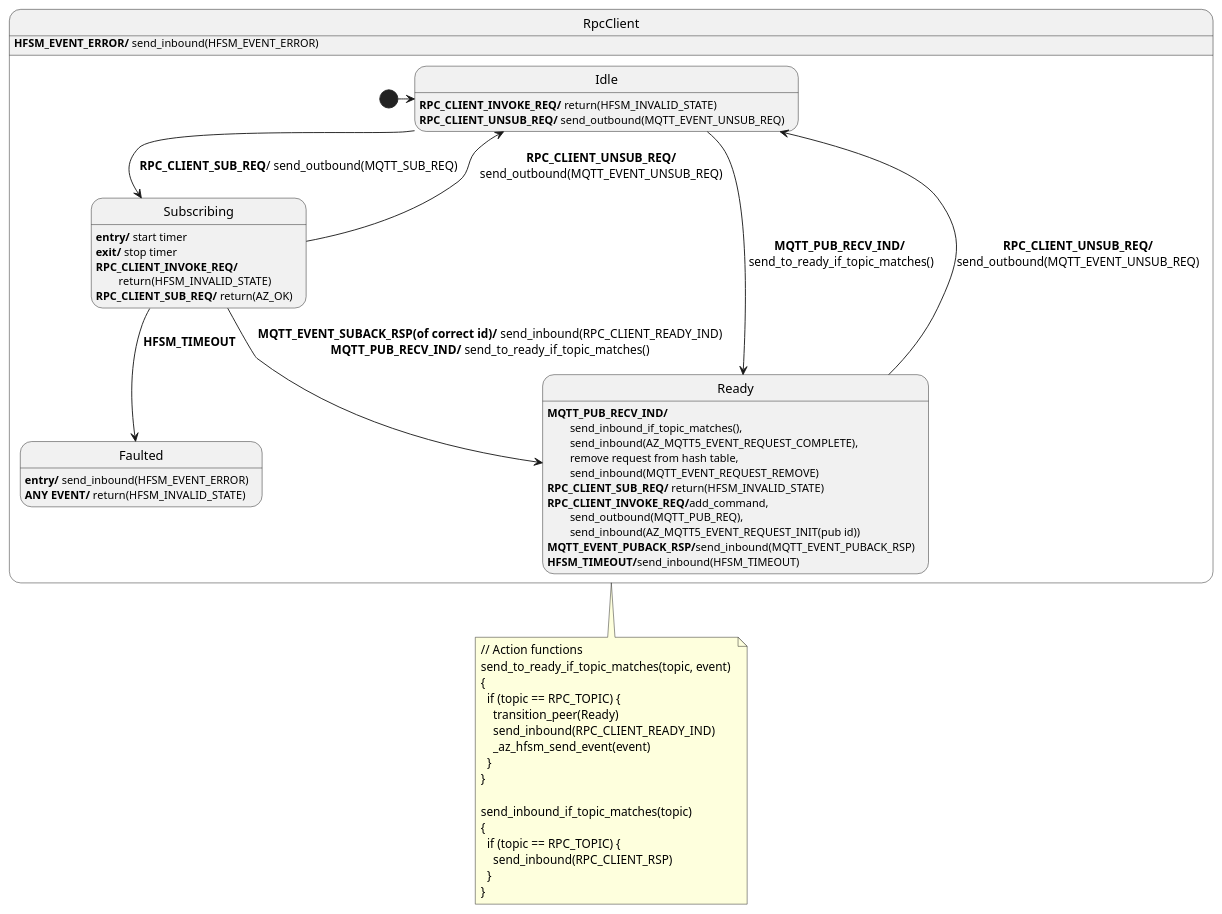
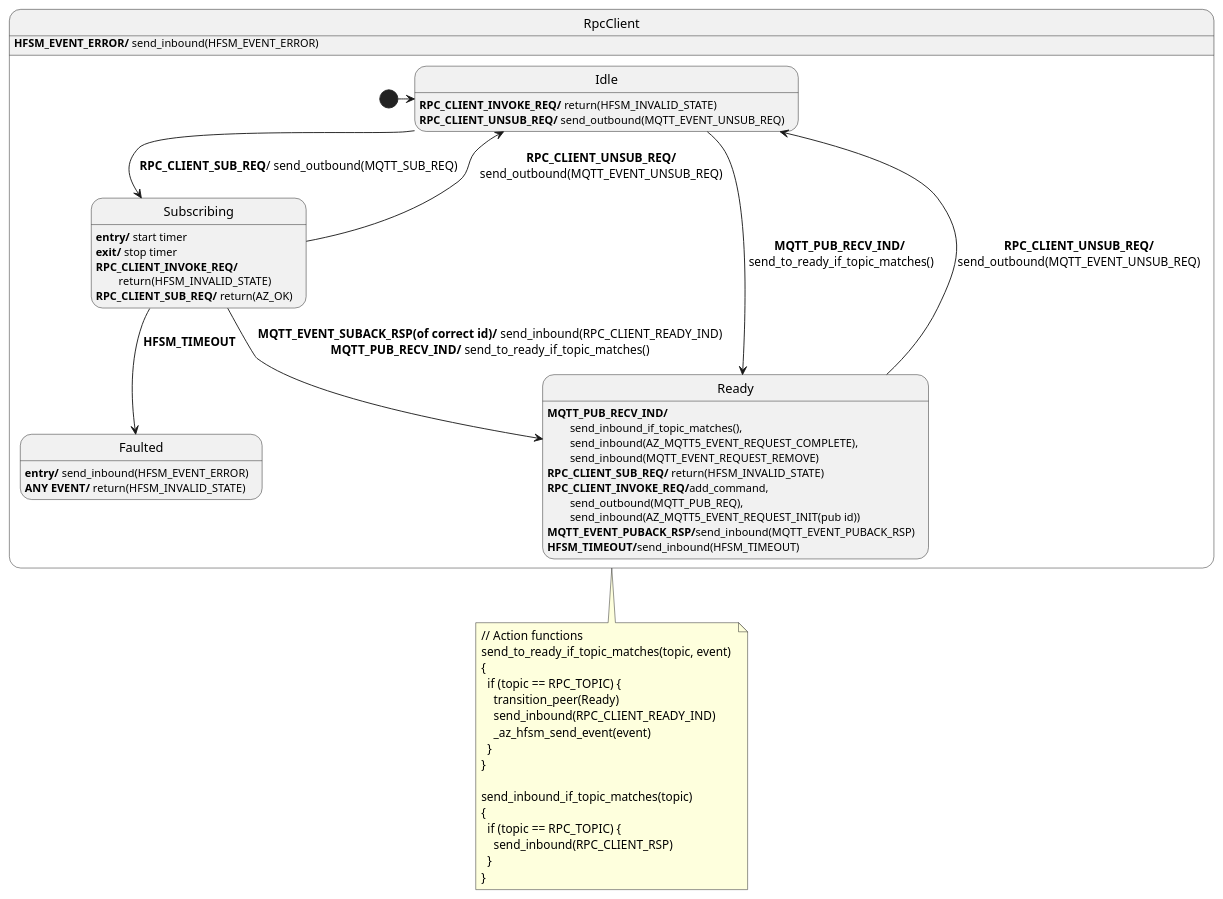
One commit to Azure/azure-sdk-for-c changed the diagram in sdk/docs/core/resources/mqtt_rpc_client.puml. Above: the diagram before and after it, drawn with PlantUML.

Commit message:
update puml without hash table

```diff
--- a/sdk/docs/core/resources/mqtt_rpc_client.puml
+++ b/sdk/docs/core/resources/mqtt_rpc_client.puml
@@ -1,57 +1,57 @@
 @startuml
 ' ignore these as handled outside of this diagram: MQTT_EVENT_CONNECT_REQ, MQTT_EVENT_CONNECT_RSP, MQTT_EVENT_DISCONNECT_REQ, MQTT_EVENT_DISCONNECT_RSP
 ' Assumptions:
 ' 0. Unknown events are forwarded (in their original direction, either inbound or outbound).
 ' 1. If RPC_CLIENT_READY_IND hasn't already been sent, RPC_CLIENT_SUB_REQ is guaranteed to respond with either RPC_CLIENT_READY_IND, or HFSM_EVENT_ERROR if the subscribe request timed out.
 ' 2. RPC_CLIENT_READY_IND will not be sent more than once unless the client unsubscribes or gets unsubscribed.
 ' 3. send_inbound, send_outbound are used to send information to the app and network respectively.
 
 state RpcClient {
   state Idle
   Idle : <b>RPC_CLIENT_INVOKE_REQ/</b> return(HFSM_INVALID_STATE)
   Idle : <b>RPC_CLIENT_UNSUB_REQ/</b> send_outbound(MQTT_EVENT_UNSUB_REQ)
 
   state Faulted
   Faulted : <b>entry/</b> send_inbound(HFSM_EVENT_ERROR)
   Faulted : <b>ANY EVENT/</b> return(HFSM_INVALID_STATE)
     
   state Subscribing
   Subscribing : <b>entry/</b> start timer
   Subscribing : <b>exit/</b> stop timer
   Subscribing : <b>RPC_CLIENT_INVOKE_REQ/</b>\n\treturn(HFSM_INVALID_STATE)
   Subscribing : <b>RPC_CLIENT_SUB_REQ/</b> return(AZ_OK) 
 
   [*] -> Idle
   Idle --> Subscribing : <b>RPC_CLIENT_SUB_REQ</b>/ send_outbound(MQTT_SUB_REQ)
   Idle --> Ready : <b>MQTT_PUB_RECV_IND/</b>\n send_to_ready_if_topic_matches()
   Subscribing --> Faulted : <b>HFSM_TIMEOUT</b>
   Subscribing --> Ready : <b>MQTT_EVENT_SUBACK_RSP(of correct id)/</b> send_inbound(RPC_CLIENT_READY_IND)\n<b>MQTT_PUB_RECV_IND/</b> send_to_ready_if_topic_matches()
   Ready --> Idle : <b>RPC_CLIENT_UNSUB_REQ/</b>\nsend_outbound(MQTT_EVENT_UNSUB_REQ)
   Subscribing --> Idle : <b>RPC_CLIENT_UNSUB_REQ/</b>\nsend_outbound(MQTT_EVENT_UNSUB_REQ)
 
-  Ready : <b>MQTT_PUB_RECV_IND/</b>\n\tsend_inbound_if_topic_matches(),\n\tsend_inbound(AZ_MQTT5_EVENT_REQUEST_COMPLETE),\n\tremove request from hash table,\n\tsend_inbound(MQTT_EVENT_REQUEST_REMOVE)
+  Ready : <b>MQTT_PUB_RECV_IND/</b>\n\tsend_inbound_if_topic_matches(),\n\tsend_inbound(AZ_MQTT5_EVENT_REQUEST_COMPLETE),\n\tsend_inbound(MQTT_EVENT_REQUEST_REMOVE)
   Ready : <b>RPC_CLIENT_SUB_REQ/</b> return(HFSM_INVALID_STATE)
   Ready : <b>RPC_CLIENT_INVOKE_REQ/</b>add_command,\n\tsend_outbound(MQTT_PUB_REQ),\n\tsend_inbound(AZ_MQTT5_EVENT_REQUEST_INIT(pub id))
   Ready : <b>MQTT_EVENT_PUBACK_RSP/</b>send_inbound(MQTT_EVENT_PUBACK_RSP)
   Ready : <b>HFSM_TIMEOUT/</b>send_inbound(HFSM_TIMEOUT)
 }
 RpcClient : <b>HFSM_EVENT_ERROR/</b> send_inbound(HFSM_EVENT_ERROR)
 note bottom of RpcClient
   // Action functions
   send_to_ready_if_topic_matches(topic, event) 
   {
     if (topic == RPC_TOPIC) {
       transition_peer(Ready)
       send_inbound(RPC_CLIENT_READY_IND)
       _az_hfsm_send_event(event)
     }
   }
 
   send_inbound_if_topic_matches(topic) 
   {
     if (topic == RPC_TOPIC) {
       send_inbound(RPC_CLIENT_RSP)
     }
   }
 end note
 @enduml
```
